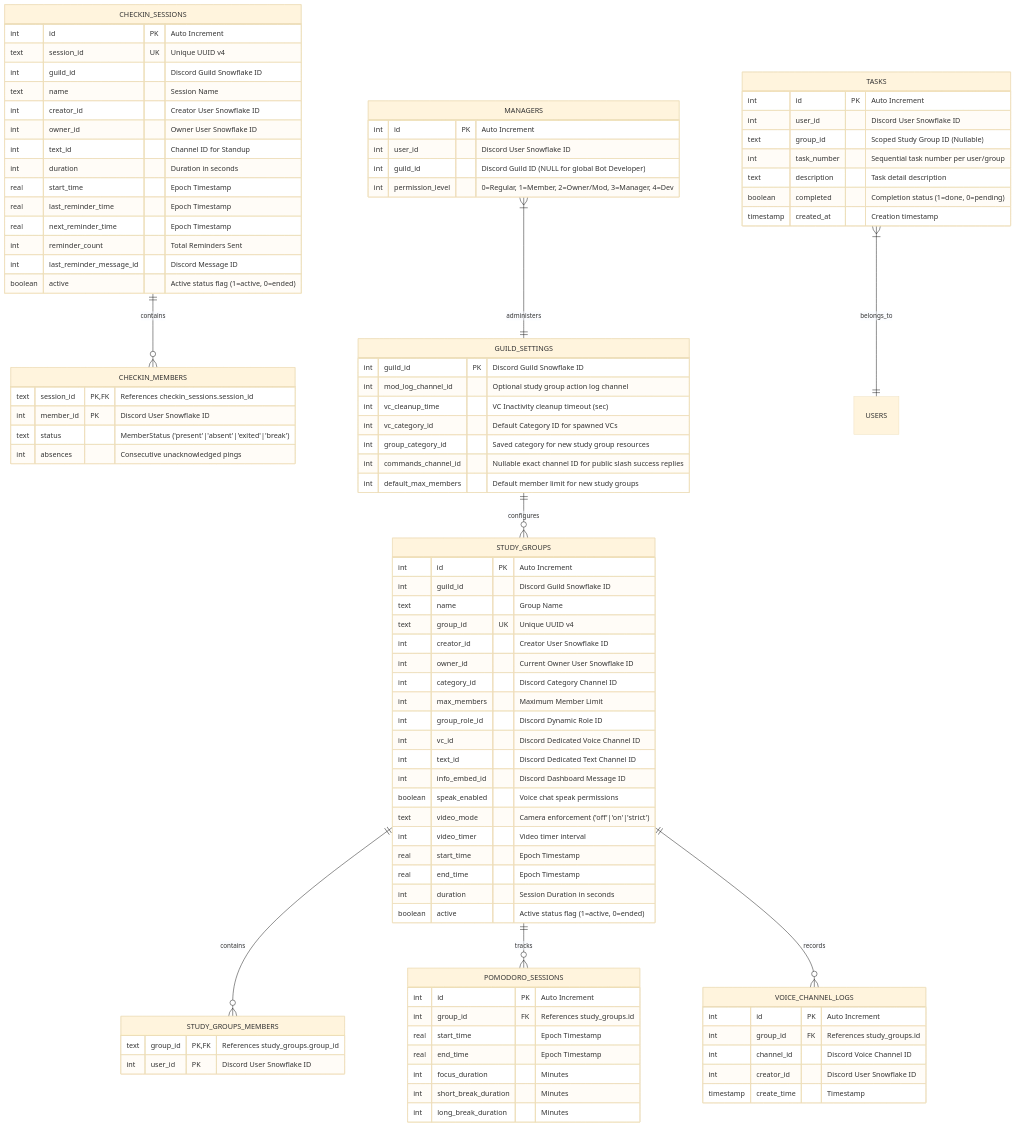
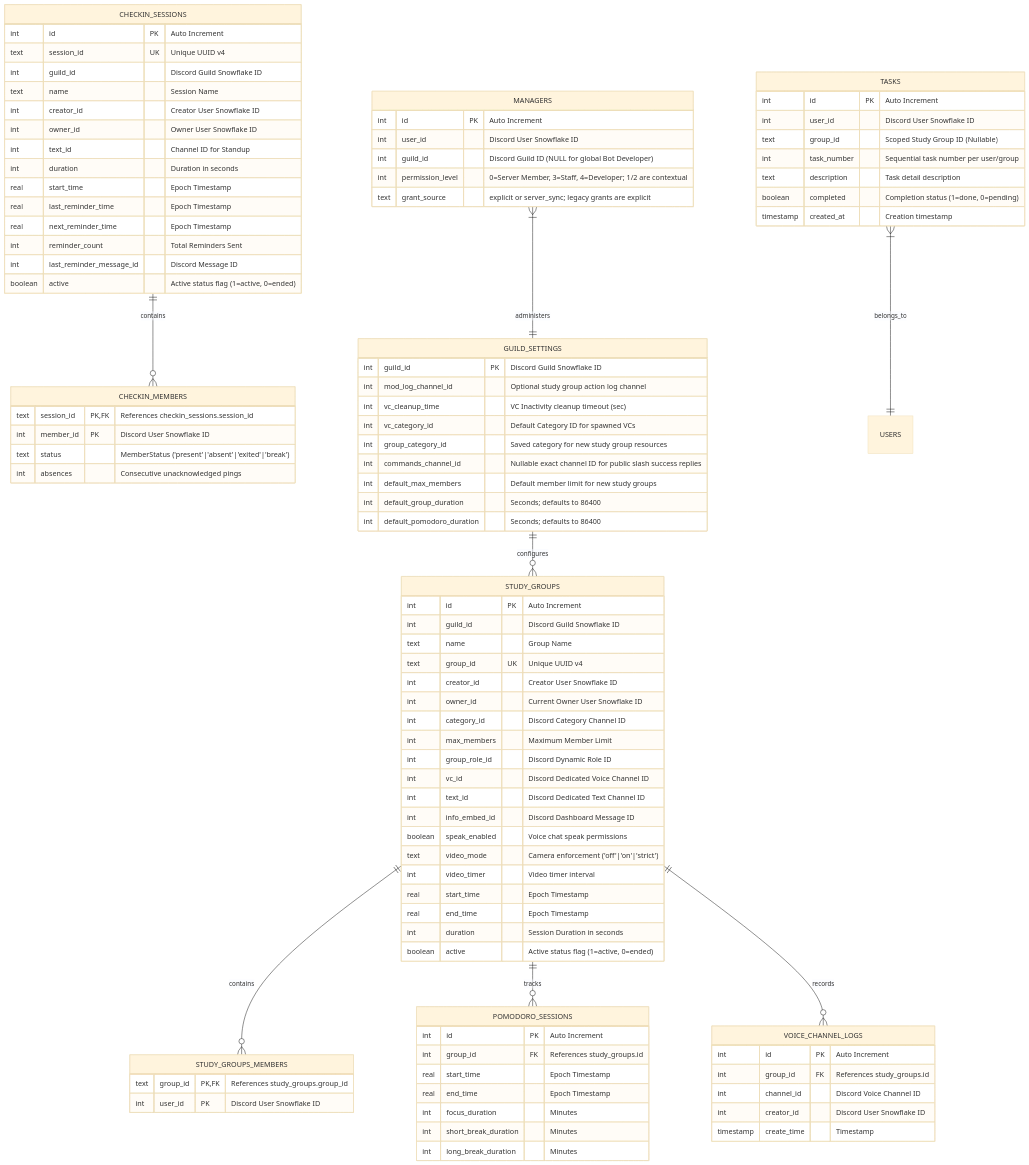
The fourth of 5 diagrams in KNOWLEDGE_GRAPH.md (Vectorphy/crispy-octo-happiness), drawn with Mermaid (base theme) before and after one commit. The commit also changed other lines of this file and 27 other files, not shown here.

Commit message:
Complete consent flows, session lifetimes, and scoped staff access

```diff
--- a/KNOWLEDGE_GRAPH.md
+++ b/KNOWLEDGE_GRAPH.md
@@ -271,7 +275,8 @@
         int id PK "Auto Increment"
         int user_id "Discord User Snowflake ID"
         int guild_id "Discord Guild ID (NULL for global Bot Developer)"
-        int permission_level "0=Regular, 1=Member, 2=Owner/Mod, 3=Manager, 4=Dev"
+        int permission_level "0=Server Member, 3=Staff, 4=Developer; 1/2 are contextual"
+        text grant_source "explicit or server_sync; legacy grants are explicit"
     }
 
     GUILD_SETTINGS {
@@ -282,6 +287,8 @@
         int group_category_id "Saved category for new study group resources"
         int commands_channel_id "Nullable exact channel ID for public slash success replies"
         int default_max_members "Default member limit for new study groups"
+        int default_group_duration "Seconds; defaults to 86400"
+        int default_pomodoro_duration "Seconds; defaults to 86400"
     }
 
     VOICE_CHANNEL_LOGS {
```
